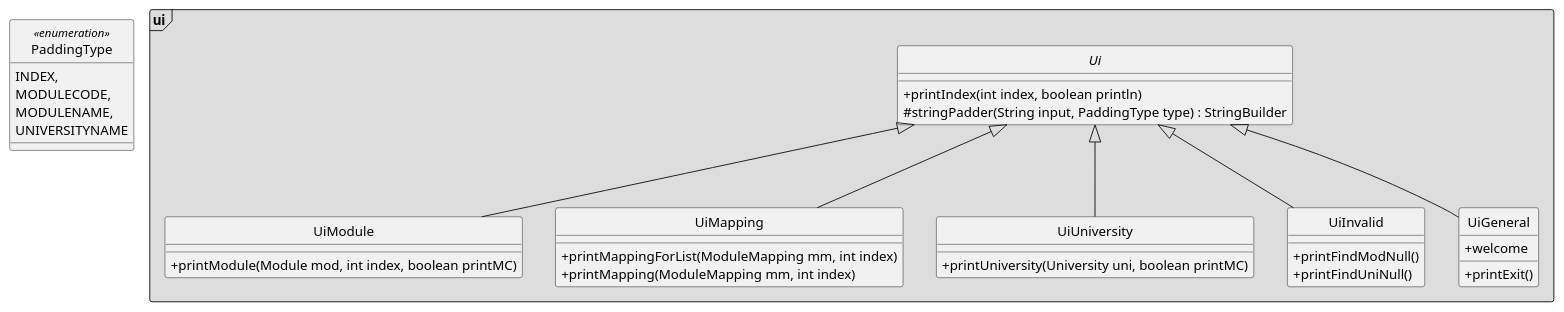
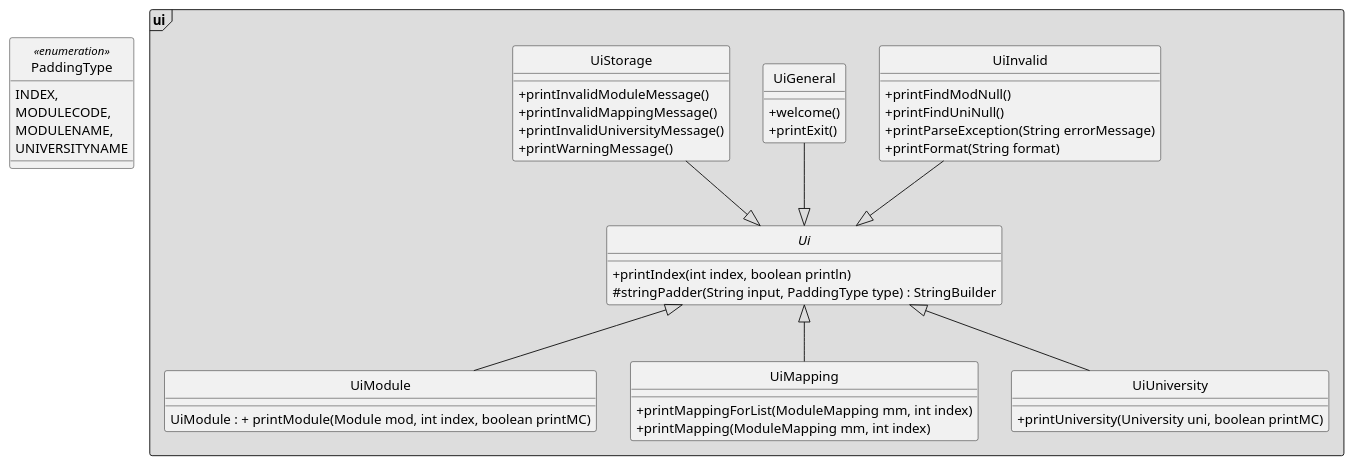
Before and after one commit to nus-cs2113-AY2122S1/tp: the diagram in docs/umls/ui.puml, drawn with PlantUML. The commit also changed 16 other files, not shown here.

```diff
--- a/docs/umls/ui.puml
+++ b/docs/umls/ui.puml
@@ -1,43 +1,55 @@
 @startuml
 'https://plantuml.com/class-diagram
 hide circle
 skinparam classAttributeIconSize 0
 skinparam groupInheritance 1
 
 package "ui" <<Frame>> #DDDDDD {
     abstract class Ui {
     + printIndex(int index, boolean println)
     # stringPadder(String input, PaddingType type) : StringBuilder
     }
 
     class UiModule extends Ui{
-    + printModule(Module mod, int index, boolean printMC)
+    UiModule : + printModule(Module mod, int index, boolean printMC)
     }
 
     class UiMapping extends Ui {
     + printMappingForList(ModuleMapping mm, int index)
     + printMapping(ModuleMapping mm, int index)
     }
 
     class UiUniversity extends Ui {
     + printUniversity(University uni, boolean printMC)
     }
 
-    class UiInvalid extends Ui {
+UiInvalid --|> Ui
+    class UiInvalid {
     + printFindModNull()
     + printFindUniNull()
+    + printParseException(String errorMessage)
+    + printFormat(String format)
     }
 
-    class UiGeneral extends Ui {
-    + welcome
+UiGeneral --|> Ui
+    class UiGeneral {
+    + welcome()
     + printExit()
+    }
+
+UiStorage --|> Ui
+    class UiStorage {
+    + printInvalidModuleMessage()
+    + printInvalidMappingMessage()
+    + printInvalidUniversityMessage()
+    + printWarningMessage()
     }
 }
 enum PaddingType <<enumeration>> {
     INDEX,
     MODULECODE,
     MODULENAME,
     UNIVERSITYNAME
 }
 
 @enduml
```
